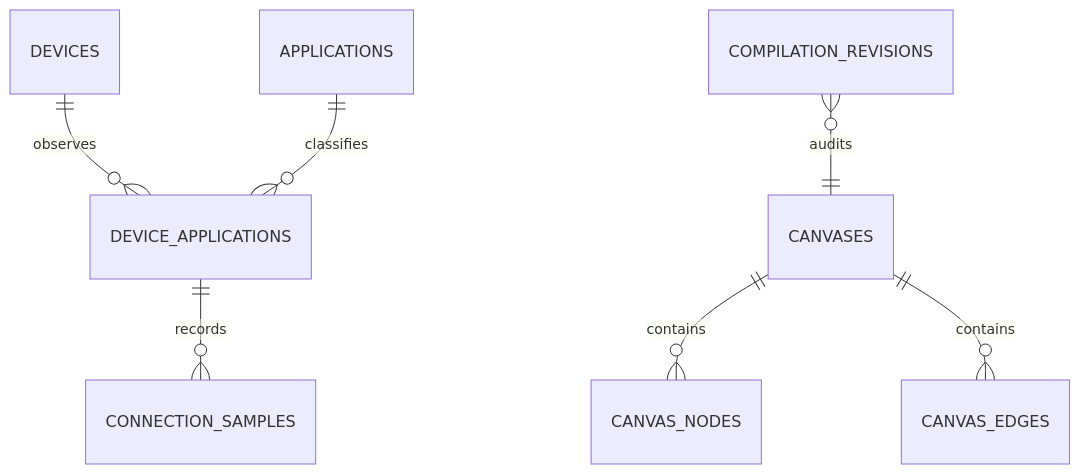
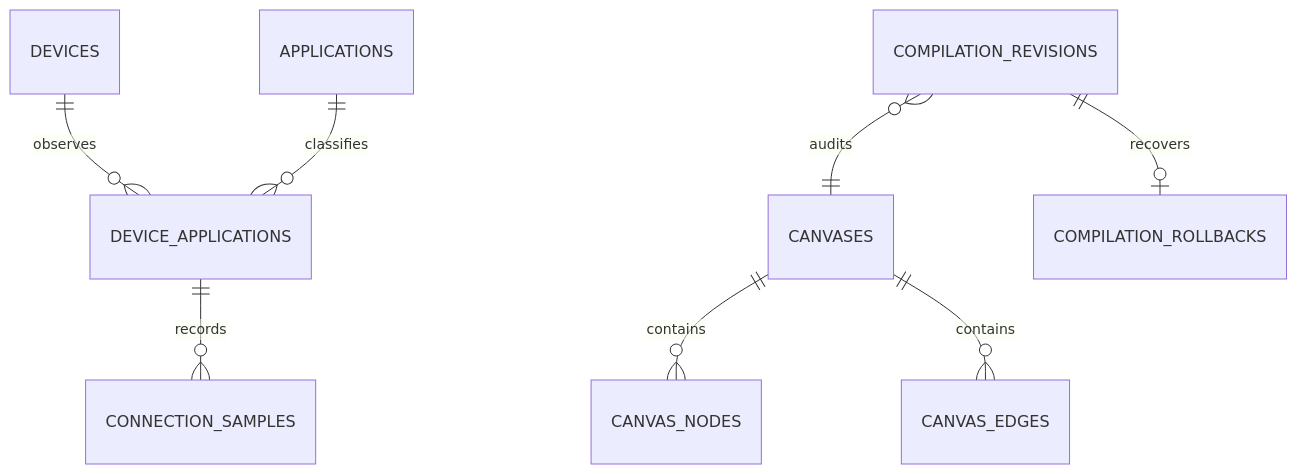
Before and after one commit to dragonleehom/luci-app-flowcanvas: the second of 2 diagrams in README.md, drawn with Mermaid. The commit also changed other lines of this file and 28 other files, not shown here.

````diff
--- a/README.md
+++ b/README.md
@@ -98,9 +99,10 @@
 ```mermaid
 erDiagram
     DEVICES ||--o{ DEVICE_APPLICATIONS : observes
     APPLICATIONS ||--o{ DEVICE_APPLICATIONS : classifies
     DEVICE_APPLICATIONS ||--o{ CONNECTION_SAMPLES : records
     CANVASES ||--o{ CANVAS_NODES : contains
     CANVASES ||--o{ CANVAS_EDGES : contains
     COMPILATION_REVISIONS }o--|| CANVASES : audits
+    COMPILATION_REVISIONS ||--o| COMPILATION_ROLLBACKS : recovers
 ```
````
